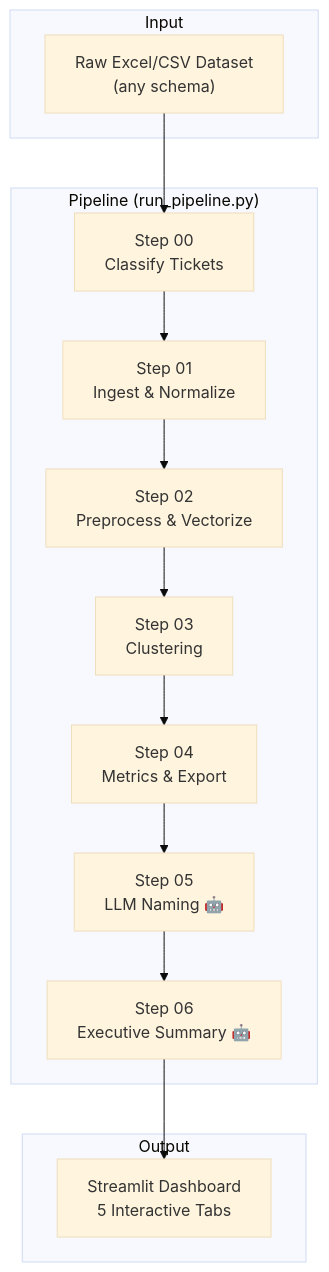
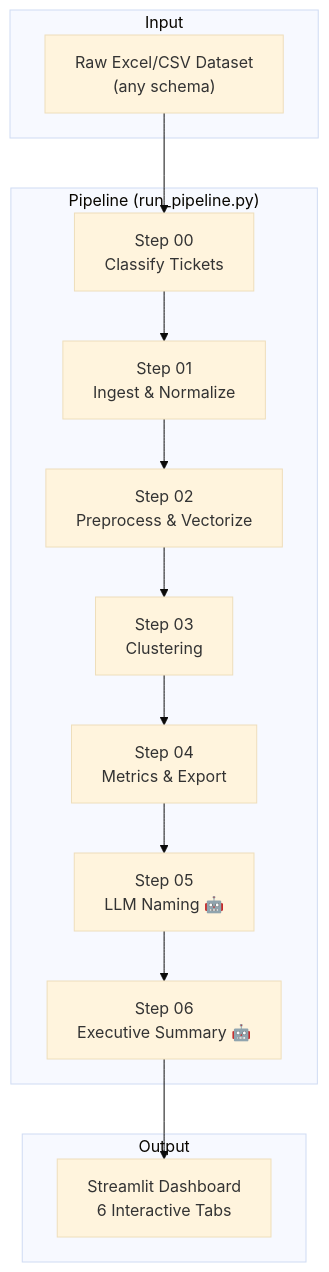
Before and after one commit to Yaswanthsai888/Ticket-Pattern-Mining: the first of 3 diagrams in application_textbook.md, drawn with Mermaid (base theme). The commit also changed other lines of this file and 16 other files, not shown here.

````diff
--- a/application_textbook.md
+++ b/application_textbook.md
@@ -21,22 +21,22 @@
 ```mermaid
 graph TB
     subgraph Input
         A["Raw Excel/CSV Dataset<br/>(any schema)"]
     end
 
     subgraph "Pipeline (run_pipeline.py)"
         B["Step 00<br/>Classify Tickets"]
         C["Step 01<br/>Ingest & Normalize"]
         D["Step 02<br/>Preprocess & Vectorize"]
         E["Step 03<br/>Clustering"]
         F["Step 04<br/>Metrics & Export"]
         G["Step 05<br/>LLM Naming 🤖"]
         H["Step 06<br/>Executive Summary 🤖"]
     end
 
     subgraph Output
-        I["Streamlit Dashboard<br/>5 Interactive Tabs"]
+        I["Streamlit Dashboard<br/>6 Interactive Tabs"]
     end
 
     A --> B --> C --> D --> E --> F --> G --> H --> I
 ```
````
